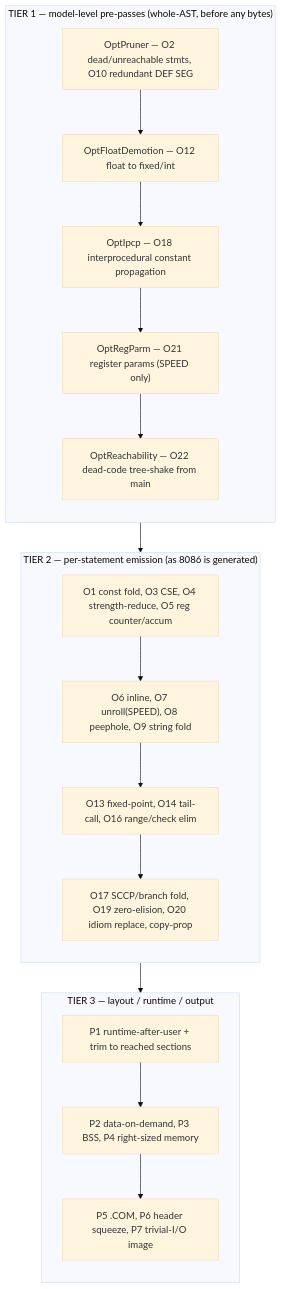
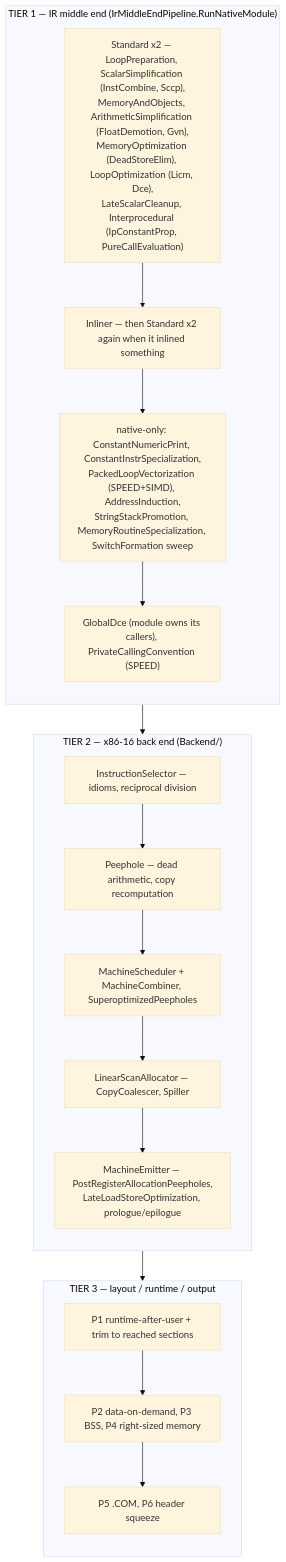
One commit to Hawkynt/PB-Compiler changed the third of 6 diagrams in docs/PIPELINE.md. Above: the diagram before and after it, drawn with Mermaid (base theme). The commit also changed other lines of this file and 695 other files, not shown here.

First line of the commit message:
* integrate compiler middle-end and backend work (#279)

````diff
--- a/docs/PIPELINE.md
+++ b/docs/PIPELINE.md
@@ -40,28 +48,28 @@
 ```mermaid
 flowchart TD
-  subgraph T1["TIER 1 — model-level pre-passes (whole-AST, before any bytes)"]
+  subgraph T1["TIER 1 — IR middle end (IrMiddleEndPipeline.RunNativeModule)"]
     direction TB
-    P1["OptPruner — O2 dead/unreachable stmts, O10 redundant DEF SEG"]
-    P2["OptFloatDemotion — O12 float to fixed/int"]
-    P3["OptIpcp — O18 interprocedural constant propagation"]
-    P4["OptRegParm — O21 register params (SPEED only)"]
-    P5["OptReachability — O22 dead-code tree-shake from main"]
-    P1 --> P2 --> P3 --> P4 --> P5
+    M1["Standard x2 — LoopPreparation, ScalarSimplification (InstCombine, Sccp),<br/>MemoryAndObjects, ArithmeticSimplification (FloatDemotion, Gvn),<br/>MemoryOptimization (DeadStoreElim), LoopOptimization (Licm, Dce),<br/>LateScalarCleanup, Interprocedural (IpConstantProp, PureCallEvaluation)"]
+    M2["Inliner — then Standard x2 again when it inlined something"]
+    M3["native-only: ConstantNumericPrint, ConstantInstrSpecialization,<br/>PackedLoopVectorization (SPEED+SIMD), AddressInduction,<br/>StringStackPromotion, MemoryRoutineSpecialization, SwitchFormation sweep"]
+    M4["GlobalDce (module owns its callers), PrivateCallingConvention (SPEED)"]
+    M1 --> M2 --> M3 --> M4
   end
-  subgraph T2["TIER 2 — per-statement emission (as 8086 is generated)"]
+  subgraph T2["TIER 2 — x86-16 back end (Backend/)"]
     direction TB
-    E1["O1 const fold, O3 CSE, O4 strength-reduce, O5 reg counter/accum"]
-    E2["O6 inline, O7 unroll(SPEED), O8 peephole, O9 string fold"]
-    E3["O13 fixed-point, O14 tail-call, O16 range/check elim"]
-    E4["O17 SCCP/branch fold, O19 zero-elision, O20 idiom replace, copy-prop"]
-    E1 --> E2 --> E3 --> E4
+    B1["InstructionSelector — idioms, reciprocal division"]
+    B2["Peephole — dead arithmetic, copy recomputation"]
+    B3["MachineScheduler + MachineCombiner, SuperoptimizedPeepholes"]
+    B4["LinearScanAllocator — CopyCoalescer, Spiller"]
+    B5["MachineEmitter — PostRegisterAllocationPeepholes,<br/>LateLoadStoreOptimization, prologue/epilogue"]
+    B1 --> B2 --> B3 --> B4 --> B5
   end
   subgraph T3["TIER 3 — layout / runtime / output"]
     direction TB
     L1["P1 runtime-after-user + trim to reached sections"]
     L2["P2 data-on-demand, P3 BSS, P4 right-sized memory"]
-    L3["P5 .COM, P6 header squeeze, P7 trivial-I/O image"]
+    L3["P5 .COM, P6 header squeeze"]
     L1 --> L2 --> L3
   end
   T1 --> T2 --> T3
 ```
````
